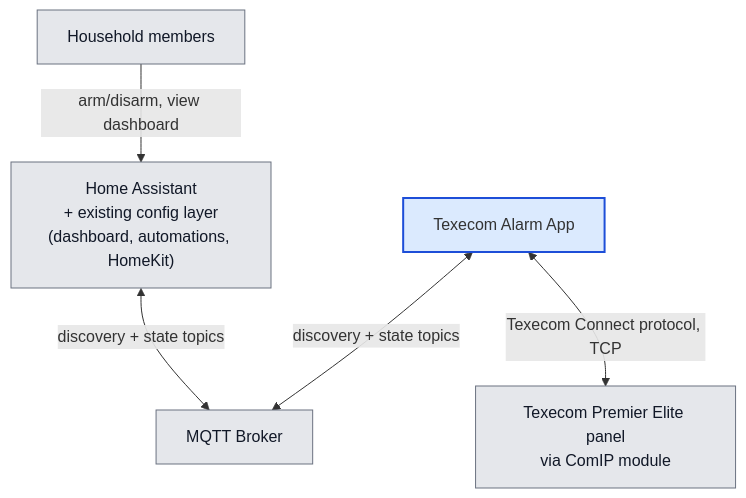
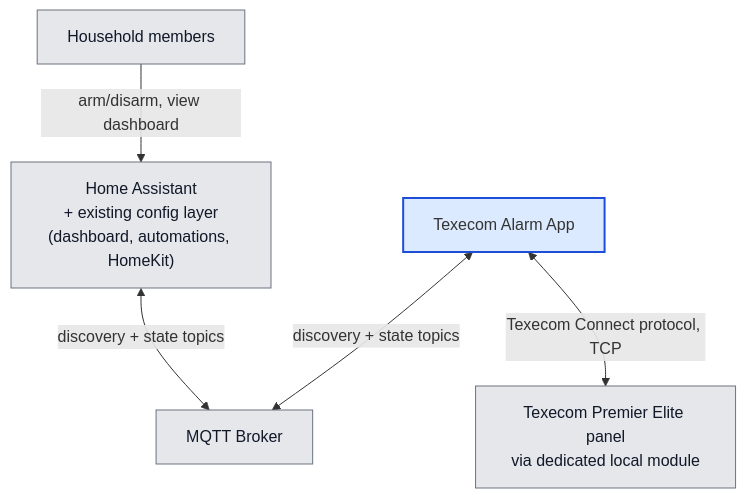
One commit to michaelmarconi/texecom_alarm changed the first of 7 diagrams in docs/architecture.md. Above: the diagram before and after it, drawn with Mermaid. The commit also changed other lines of this file, not shown here.

First line of the commit message:
docs(architecture): fold ADR-013 and ADR-014 into the blueprint

````diff
--- a/docs/architecture.md
+++ b/docs/architecture.md
@@ -85,16 +89,16 @@
 ```mermaid
 flowchart TB
     Household[Household members]:::external
     HA["Home Assistant<br/>+ existing config layer<br/>(dashboard, automations, HomeKit)"]:::external
     Broker[MQTT Broker]:::external
-    Panel["Texecom Premier Elite panel<br/>via ComIP module"]:::external
+    Panel["Texecom Premier Elite panel<br/>via dedicated local module"]:::external
     App[Texecom Alarm App]:::owned
 
     Household -->|arm/disarm, view dashboard| HA
     HA <-->|discovery + state topics| Broker
     App <-->|discovery + state topics| Broker
     App <-->|Texecom Connect protocol, TCP| Panel
 
     classDef owned fill:#dbeafe,stroke:#1d4ed8,stroke-width:2px
     classDef external fill:#e5e7eb,stroke:#6b7280,color:#111827
 ```
````
